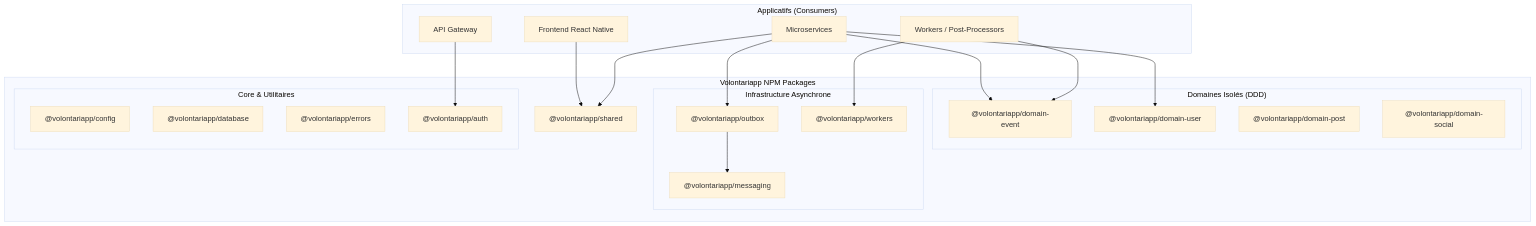
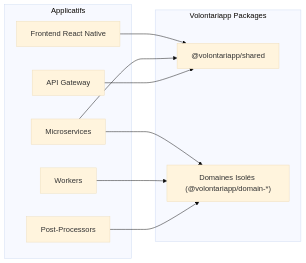
Before and after one commit to Volontariapp/npm-packages: the first of 3 diagrams in README.md, drawn with Mermaid (base theme). The commit also changed other lines of this file, not shown here.

````diff
--- a/README.md
+++ b/README.md
@@ -21,43 +24,23 @@
 ```mermaid
-graph TD
-    subgraph "Applicatifs (Consumers)"
+graph LR
+    subgraph Applicatifs
         AGW[API Gateway]
         MS[Microservices]
-        WK[Workers / Post-Processors]
+        WORK[Workers]
+        PP[Post-Processors]
         RN[Frontend React Native]
     end
 
-    subgraph "Volontariapp NPM Packages"
+    subgraph Volontariapp Packages
         S["@volontariapp/shared"]
         
-        subgraph "Domaines Isolés (DDD)"
-            DE["@volontariapp/domain-event"]
-            DU["@volontariapp/domain-user"]
-            DP["@volontariapp/domain-post"]
-            DS["@volontariapp/domain-social"]
-        end
-        
-        subgraph "Infrastructure Asynchrone"
-            OB["@volontariapp/outbox"]
-            WKB["@volontariapp/workers"]
-            MSG["@volontariapp/messaging"]
-        end
-        
-        subgraph "Core & Utilitaires"
-            CFG["@volontariapp/config"]
-            DB["@volontariapp/database"]
-            ERR["@volontariapp/errors"]
-            AUTH["@volontariapp/auth"]
-        end
+        DOM["Domaines Isolés (@volontariapp/domain-*)"]
     end
 
-    MS --> DE
-    MS --> DU
-    WK --> DE
-    WK --> WKB
-    MS --> OB
-    OB --> MSG
+    MS --> DOM
+    WORK --> DOM
+    PP --> DOM
     RN --> S
     MS --> S
-    AGW --> AUTH
+    AGW --> S
 ```
````
